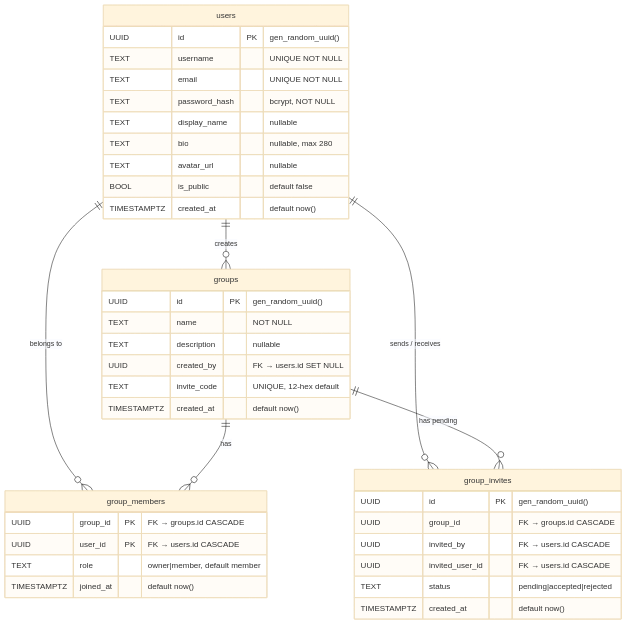
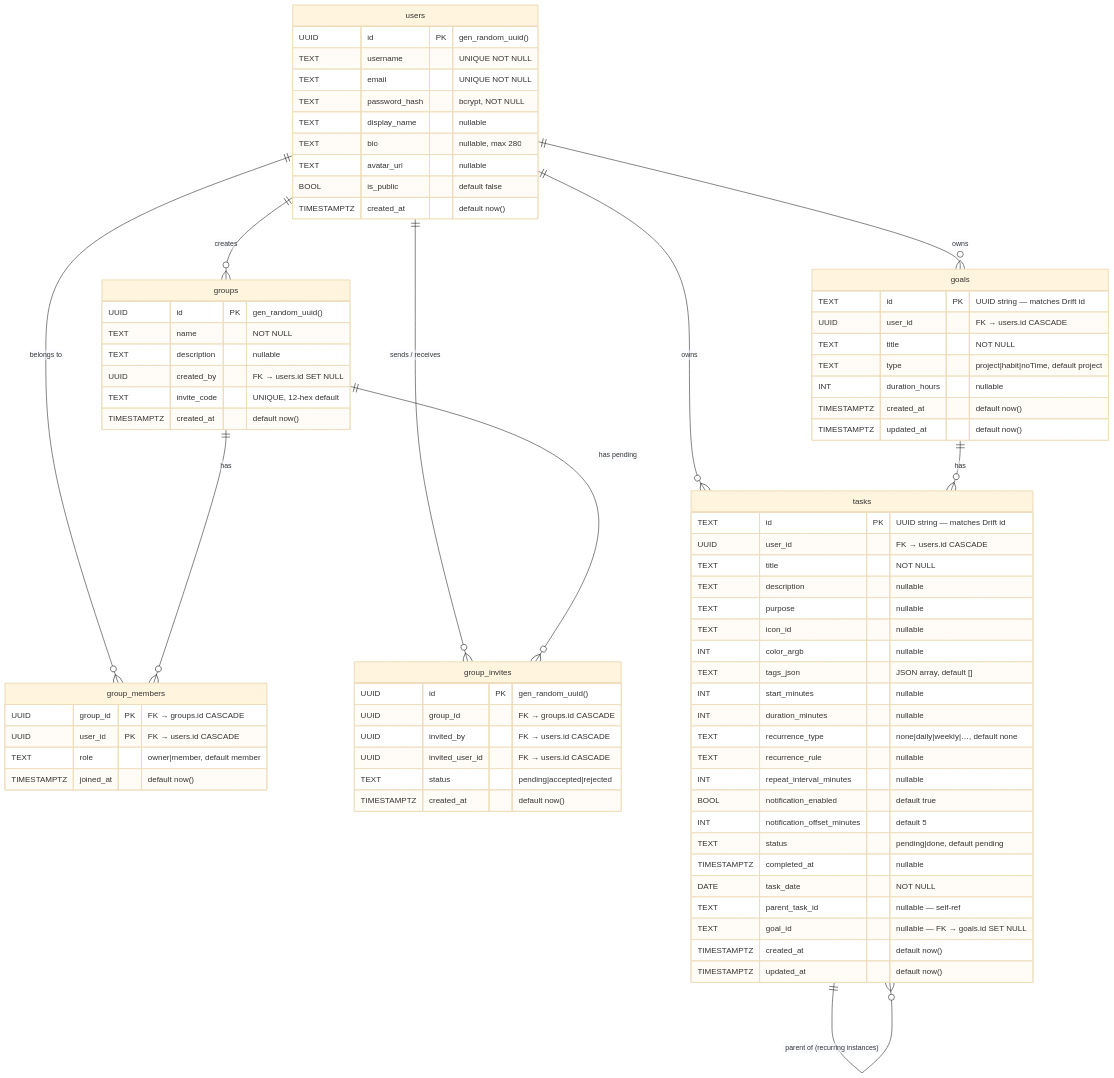
The second of 2 diagrams in docs/er-diagram.md (abhay-byte/TaskStack), drawn with Mermaid (base theme) before and after one commit. The commit also changed other lines of this file and 3 other files, not shown here.

Commit message:
docs: Phase 11 complete + ER diagram updated (cloud goals/tasks tables)

````diff
--- a/docs/er-diagram.md
+++ b/docs/er-diagram.md
@@ -113,9 +113,48 @@
         TIMESTAMPTZ created_at        "default now()"
     }
 
+    goals {
+        TEXT        id            PK  "UUID string — matches Drift id"
+        UUID        user_id           "FK → users.id CASCADE"
+        TEXT        title             "NOT NULL"
+        TEXT        type              "project|habit|noTime, default project"
+        INT         duration_hours    "nullable"
+        TIMESTAMPTZ created_at        "default now()"
+        TIMESTAMPTZ updated_at        "default now()"
+    }
+
+    tasks {
+        TEXT        id                          PK  "UUID string — matches Drift id"
+        UUID        user_id                         "FK → users.id CASCADE"
+        TEXT        title                           "NOT NULL"
+        TEXT        description                     "nullable"
+        TEXT        purpose                         "nullable"
+        TEXT        icon_id                         "nullable"
+        INT         color_argb                      "nullable"
+        TEXT        tags_json                       "JSON array, default []"
+        INT         start_minutes                   "nullable"
+        INT         duration_minutes                "nullable"
+        TEXT        recurrence_type                 "none|daily|weekly|…, default none"
+        TEXT        recurrence_rule                 "nullable"
+        INT         repeat_interval_minutes         "nullable"
+        BOOL        notification_enabled            "default true"
+        INT         notification_offset_minutes     "default 5"
+        TEXT        status                          "pending|done, default pending"
+        TIMESTAMPTZ completed_at                    "nullable"
+        DATE        task_date                       "NOT NULL"
+        TEXT        parent_task_id                  "nullable — self-ref"
+        TEXT        goal_id                         "nullable — FK → goals.id SET NULL"
+        TIMESTAMPTZ created_at                      "default now()"
+        TIMESTAMPTZ updated_at                      "default now()"
+    }
+
     users      ||--o{ groups         : "creates"
     users      ||--o{ group_members  : "belongs to"
     groups     ||--o{ group_members  : "has"
     users      ||--o{ group_invites  : "sends / receives"
     groups     ||--o{ group_invites  : "has pending"
+    users      ||--o{ goals          : "owns"
+    users      ||--o{ tasks          : "owns"
+    goals      ||--o{ tasks          : "has"
+    tasks      ||--o{ tasks          : "parent of (recurring instances)"
 ```
````
